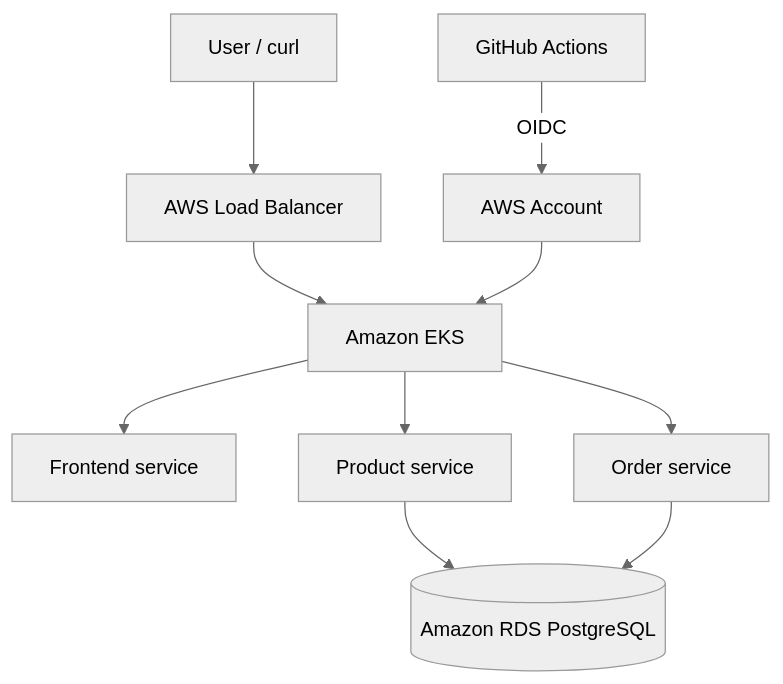
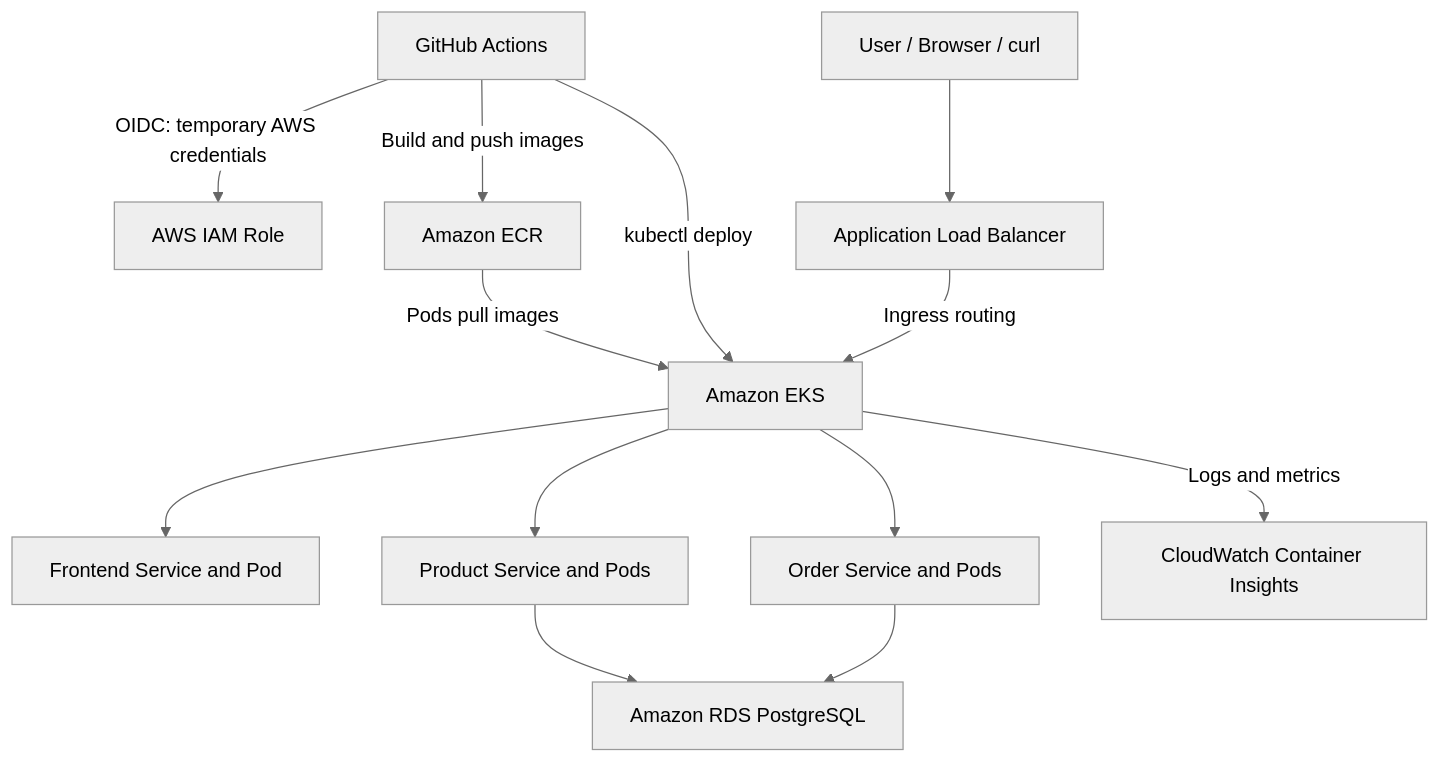
The diagram in README.md (vijaykkashyap1711a/ecommerce), drawn with Mermaid (neutral theme) before and after one commit. The commit also changed other lines of this file, not shown here.

````diff
--- a/README.md
+++ b/README.md
@@ -9,15 +15,20 @@
 ```mermaid
 flowchart TD
-    User[User / curl] --> ALB[AWS Load Balancer]
-    ALB --> EKS[Amazon EKS]
+    User["User / Browser / curl"] --> ALB["Application Load Balancer"]
 
-    EKS --> Frontend[Frontend service]
-    EKS --> Product[Product service]
-    EKS --> Order[Order service]
+    GitHub["GitHub Actions"] -->|"OIDC: temporary AWS credentials"| IAM["AWS IAM Role"]
+    GitHub -->|"Build and push images"| ECR["Amazon ECR"]
+    GitHub -->|"kubectl deploy"| EKS
 
-    Product --> RDS[(Amazon RDS PostgreSQL)]
+    ALB -->|"Ingress routing"| EKS["Amazon EKS"]
+    ECR -->|"Pods pull images"| EKS
+
+    EKS --> Frontend["Frontend Service and Pod"]
+    EKS --> Product["Product Service and Pods"]
+    EKS --> Order["Order Service and Pods"]
+
+    Product --> RDS["Amazon RDS PostgreSQL"]
     Order --> RDS
 
-    GitHub[GitHub Actions] -->|OIDC| AWS[AWS Account]
-    AWS --> EKS
+    EKS -->|"Logs and metrics"| CW["CloudWatch Container Insights"]
 ```
````
